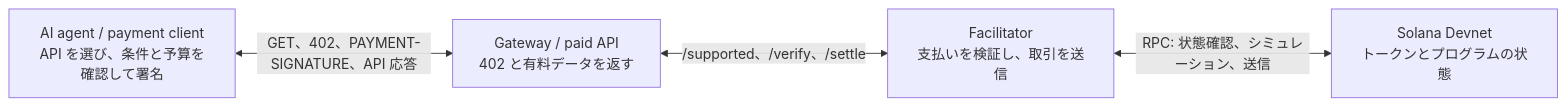
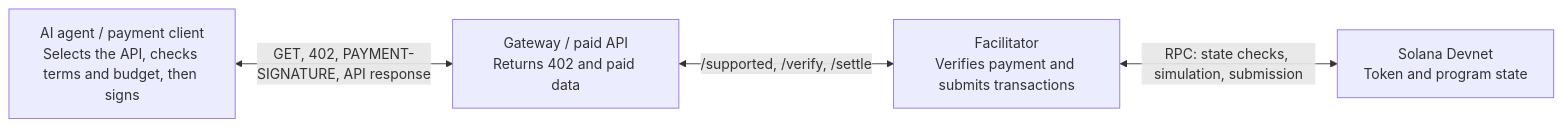
Before and after one commit to init-ikuya/x402-solana-demo: the first of 4 diagrams in docs/demo-payment-architecture.md, drawn with Mermaid. The commit also changed other lines of this file and 6 other files, not shown here.

````diff
--- a/docs/demo-payment-architecture.md
+++ b/docs/demo-payment-architecture.md
@@ -7,10 +7,10 @@
 ```mermaid
 flowchart LR
-    A["AI agent / payment client<br/>API を選び、条件と予算を確認して署名"]
-    G["Gateway / paid API<br/>402 と有料データを返す"]
-    F["Facilitator<br/>支払いを検証し、取引を送信"]
-    S["Solana Devnet<br/>トークンとプログラムの状態"]
-    A <-->|"GET、402、PAYMENT-SIGNATURE、API 応答"| G
-    G <-->|"/supported、/verify、/settle"| F
-    F <-->|"RPC: 状態確認、シミュレーション、送信"| S
+    A["AI agent / payment client<br/>Selects the API, checks terms and budget, then signs"]
+    G["Gateway / paid API<br/>Returns 402 and paid data"]
+    F["Facilitator<br/>Verifies payment and submits transactions"]
+    S["Solana Devnet<br/>Token and program state"]
+    A <-->|"GET, 402, PAYMENT-SIGNATURE, API response"| G
+    G <-->|"/supported, /verify, /settle"| F
+    F <-->|"RPC: state checks, simulation, submission"| S
 ```
````
